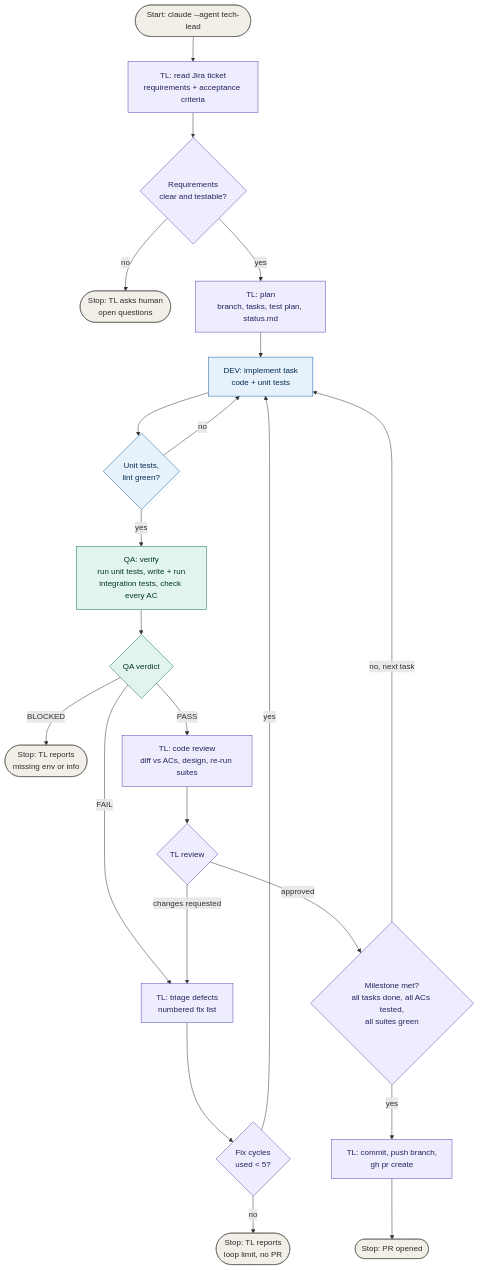
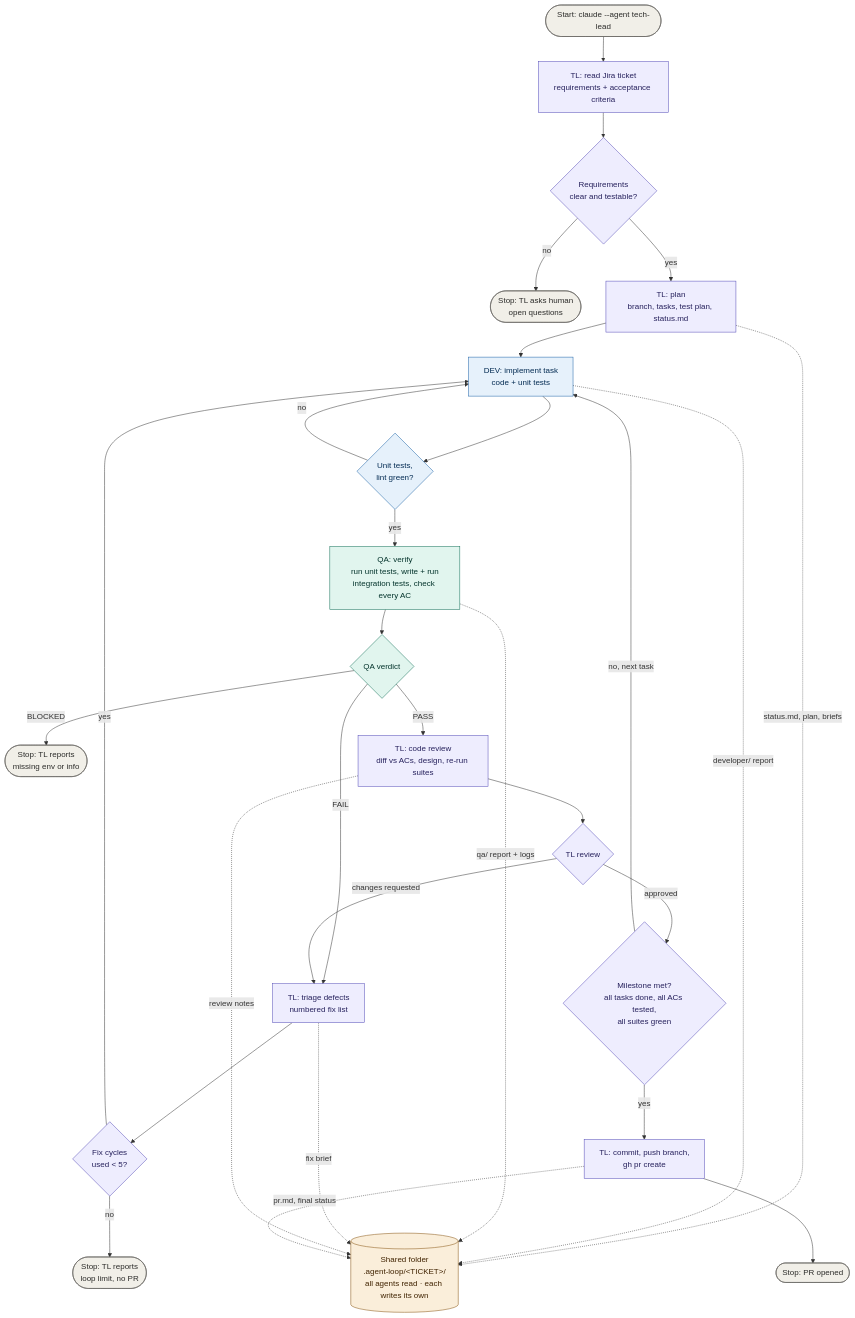
The diagram in build/claude-code-agent-loop/jira-ticket-loop.md (lmquanacs/ai-engineering), drawn with Mermaid before and after one commit. The commit also changed other lines of this file and 3 other files, not shown here.

First line of the commit message:
feat(build): add shared .agent-loop folder to agent loop

````diff
--- a/build/claude-code-agent-loop/jira-ticket-loop.md
+++ b/build/claude-code-agent-loop/jira-ticket-loop.md
@@ -13,37 +32,47 @@
 ```mermaid
 flowchart TD
     start(["Start: claude --agent tech-lead"]) --> read["TL: read Jira ticket<br/>requirements + acceptance criteria"]
     read --> clear{"Requirements<br/>clear and testable?"}
     clear -->|no| ask(["Stop: TL asks human<br/>open questions"])
     clear -->|yes| plan["TL: plan<br/>branch, tasks, test plan, status.md"]
 
     plan --> dev["DEV: implement task<br/>code + unit tests"]
     dev --> unit{"Unit tests,<br/>lint green?"}
     unit -->|no| dev
     unit -->|yes| qa["QA: verify<br/>run unit tests, write + run<br/>integration tests, check every AC"]
 
     qa --> qav{"QA verdict"}
     qav -->|BLOCKED| blocked(["Stop: TL reports<br/>missing env or info"])
     qav -->|FAIL| triage["TL: triage defects<br/>numbered fix list"]
     qav -->|PASS| review["TL: code review<br/>diff vs ACs, design, re-run suites"]
 
     review --> rv{"TL review"}
     rv -->|changes requested| triage
     triage --> budget{"Fix cycles<br/>used < 5?"}
     budget -->|yes| dev
     budget -->|no| limit(["Stop: TL reports<br/>loop limit, no PR"])
 
     rv -->|approved| milestone{"Milestone met?<br/>all tasks done, all ACs tested,<br/>all suites green"}
     milestone -->|no, next task| dev
     milestone -->|yes| pr["TL: commit, push branch,<br/>gh pr create"]
     pr --> done(["Stop: PR opened"])
 
+    shared[("Shared folder<br/>.agent-loop/#lt;TICKET#gt;/<br/>all agents read · each writes its own")]
+    plan -.->|"status.md, plan, briefs"| shared
+    dev -.->|"developer/ report"| shared
+    qa -.->|"qa/ report + logs"| shared
+    triage -.->|"fix brief"| shared
+    review -.->|"review notes"| shared
+    pr -.->|"pr.md, final status"| shared
+
     classDef tl fill:#EEEDFE,stroke:#534AB7,color:#26215C
     classDef dv fill:#E6F1FB,stroke:#185FA5,color:#042C53
     classDef q fill:#E1F5EE,stroke:#0F6E56,color:#04342C
     classDef stop fill:#F1EFE8,stroke:#5F5E5A,color:#2C2C2A
+    classDef store fill:#FAEEDA,stroke:#854F0B,color:#412402
     class read,plan,triage,review,pr,clear,rv,milestone,budget tl
     class dev,unit dv
     class qa,qav q
     class start,ask,blocked,limit,done stop
+    class shared store
 ```
````
